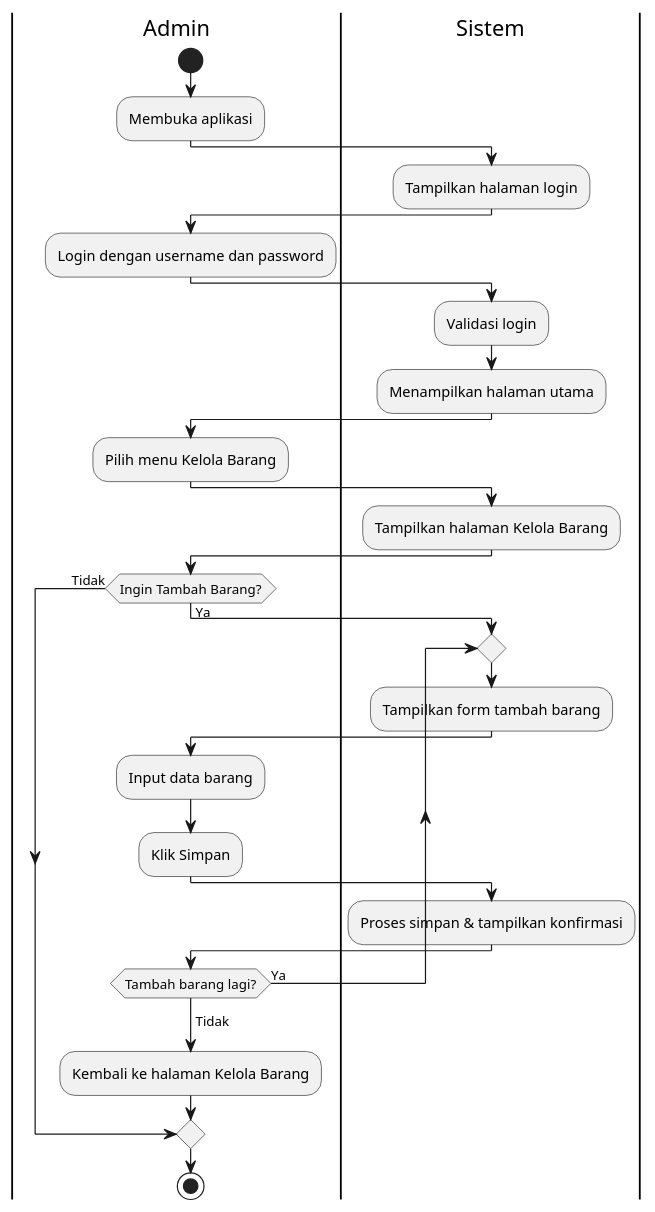
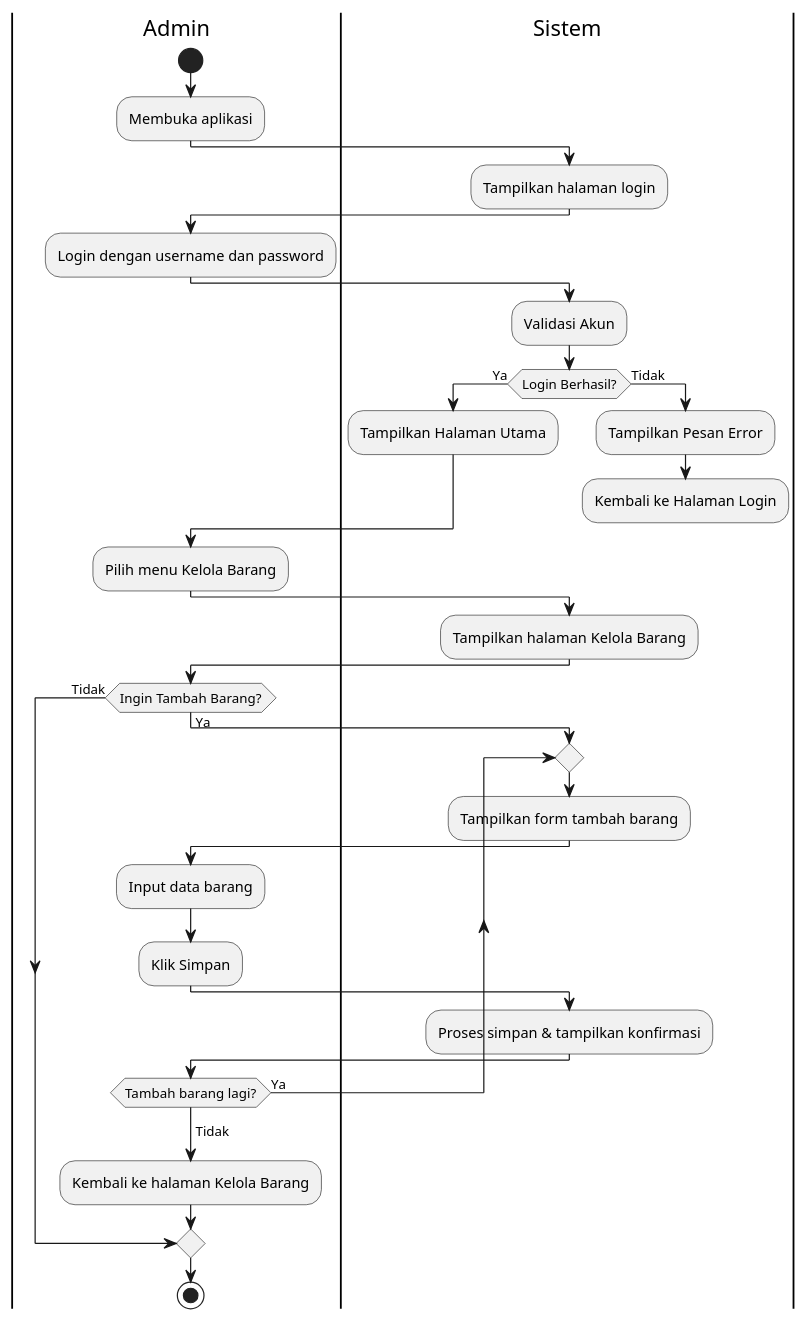
Before and after one commit to Fannandya/diagramPABD: the diagram in Activity Diagram/activityKelolaBarang.puml, drawn with PlantUML.

Commit message:
update kelola barang

```diff
--- a/Activity Diagram/activityKelolaBarang.puml
+++ b/Activity Diagram/activityKelolaBarang.puml
@@ -1,40 +1,46 @@
 @startuml activityKelolaBarang
 |Admin|
 start
 :Membuka aplikasi;
 
 |Sistem|
 :Tampilkan halaman login;
 
 |Admin|
 :Login dengan username dan password;
 
 |Sistem|
-:Validasi login;
-:Menampilkan halaman utama;
+:Validasi Akun;
+if (Login Berhasil?) then (Ya)
+  :Tampilkan Halaman Utama;
+else (Tidak)
+  :Tampilkan Pesan Error;
+  :Kembali ke Halaman Login;
+  detach
+endif
 
 |Admin|
 :Pilih menu Kelola Barang;
 
 |Sistem|
 :Tampilkan halaman Kelola Barang;
 
 |Admin|
 if (Ingin Tambah Barang?) then (Ya)
   |Sistem|
   repeat
     :Tampilkan form tambah barang;
     |Admin|
     :Input data barang;
     :Klik Simpan;
     |Sistem|
     :Proses simpan & tampilkan konfirmasi;
     |Admin|
   repeat while (Tambah barang lagi?) is (Ya)
   ->Tidak;
   :Kembali ke halaman Kelola Barang;
 else (Tidak)
 endif
 
 stop
 @enduml
```
